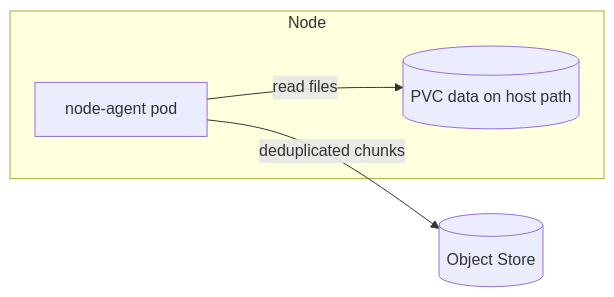
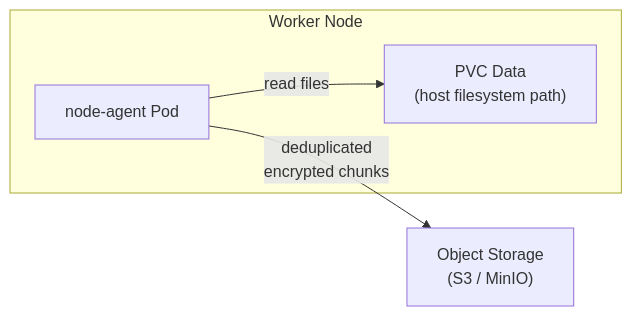
One commit to UncleJS/course_k3s changed the fifth of 6 diagrams in 13_backup_and_dr/02_velero_backup.md. Above: the diagram before and after it, drawn with Mermaid. The commit also changed other lines of this file and 45 other files, not shown here.

First line of the commit message:
Expand all course lessons: Mermaid diagrams + rich prose across 43 files

````diff
--- a/13_backup_and_dr/02_velero_backup.md
+++ b/13_backup_and_dr/02_velero_backup.md
@@ -523,9 +563,9 @@
 ```mermaid
-graph LR
-    subgraph Node
-        NA[node-agent pod]
-        PV[(PVC data on host path)]
+flowchart LR
+    subgraph "Worker Node"
+        NA["node-agent Pod"]
+        PV["PVC Data<br/>(host filesystem path)"]
     end
-    NA -->|read files| PV
-    NA -->|deduplicated chunks| S3[(Object Store)]
+    NA -->|"read files"| PV
+    NA -->|"deduplicated<br/>encrypted chunks"| S3["Object Storage<br/>(S3 / MinIO)"]
 ```
````
